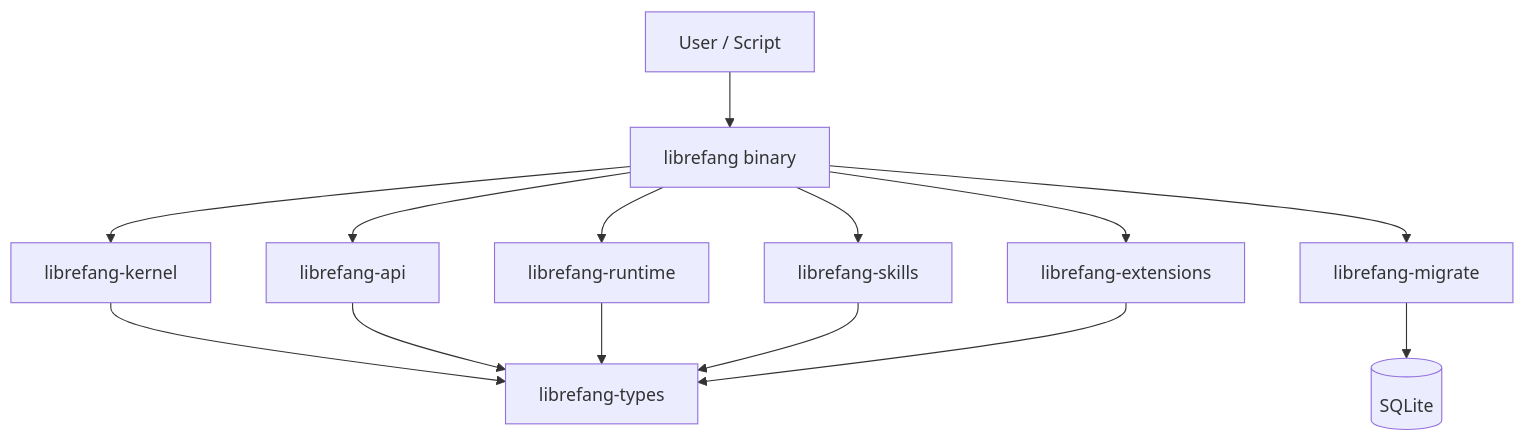
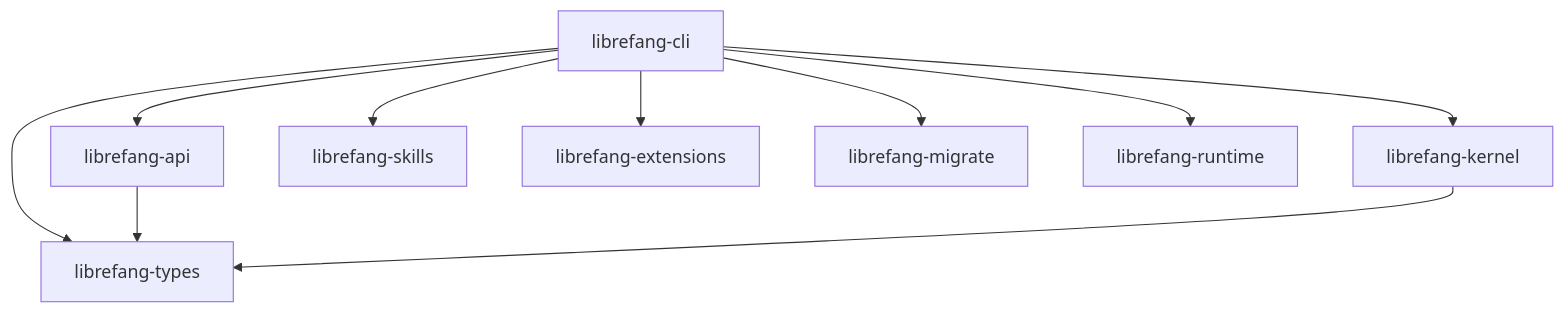
One commit to leszek3737/librefang-WIki changed the diagram in other-librefang-cli.md. Above: the diagram before and after it, drawn with Mermaid. The commit also changed other lines of this file and 98 other files, not shown here.

````diff
--- a/other-librefang-cli.md
+++ b/other-librefang-cli.md
@@ -94,16 +11,12 @@
 ```mermaid
 graph TD
-    User[User / Script] --> CLI[librefang binary]
-    CLI --> Kernel[librefang-kernel]
+    CLI[librefang-cli] --> Kernel[librefang-kernel]
     CLI --> API[librefang-api]
-    CLI --> Runtime[librefang-runtime]
-    CLI --> Migrate[librefang-migrate]
-    Kernel --> Types[librefang-types]
-    API --> Types
-    Runtime --> Types
     CLI --> Skills[librefang-skills]
     CLI --> Extensions[librefang-extensions]
-    Skills --> Types
-    Extensions --> Types
-    Migrate --> DB[(SQLite)]
+    CLI --> Migrate[librefang-migrate]
+    CLI --> Runtime[librefang-runtime]
+    CLI --> Types[librefang-types]
+    API --> Types
+    Kernel --> Types
 ```
````
